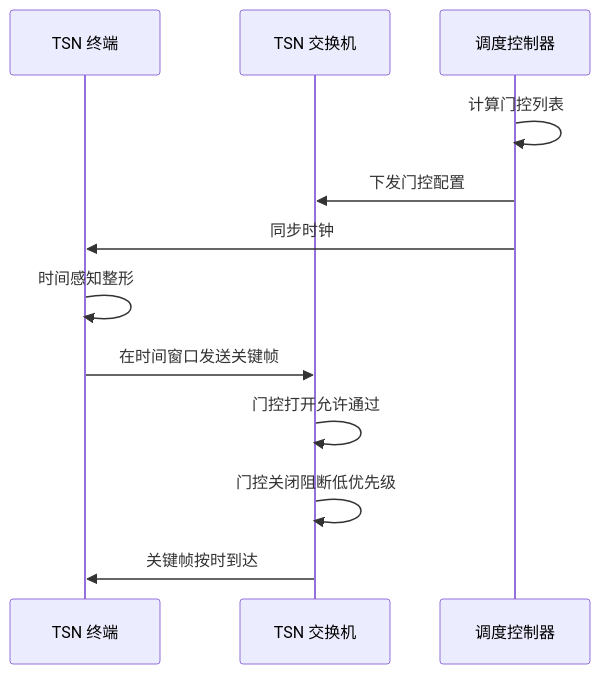
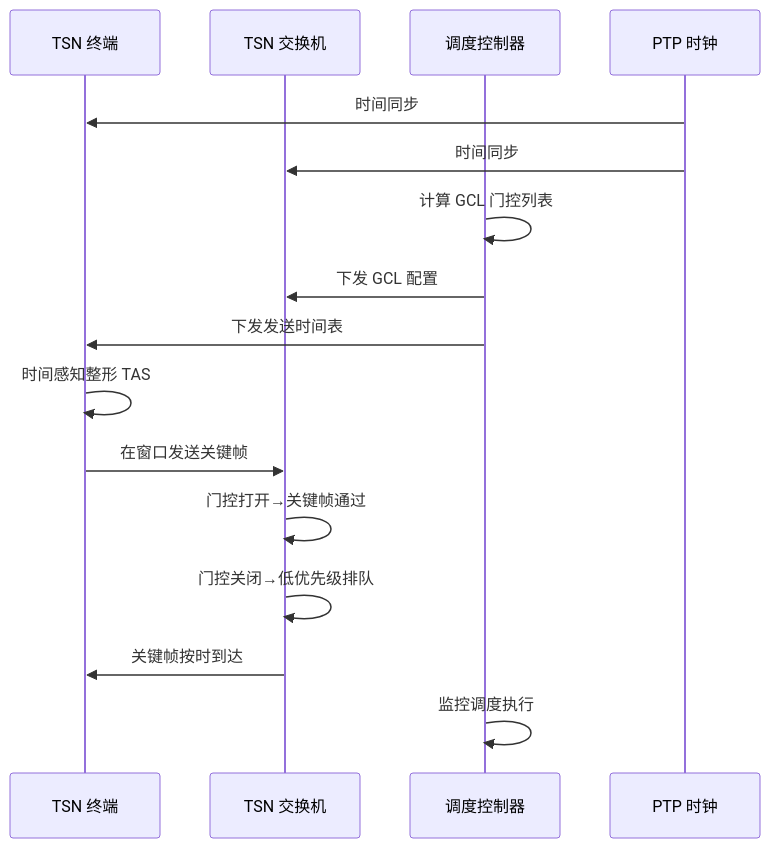
Before and after one commit to kudig-io/kudig-database: the second of 3 diagrams in topic-application-architecture/80-tsn-network.md, drawn with Mermaid. The commit also changed other lines of this file and 8633 other files, not shown here.

````diff
--- a/topic-application-architecture/80-tsn-network.md
+++ b/topic-application-architecture/80-tsn-network.md
@@ -86,15 +181,19 @@
 ```mermaid
 sequenceDiagram
     participant DEV as TSN 终端
     participant SW as TSN 交换机
     participant CTRL as 调度控制器
+    participant PTP as PTP 时钟
 
-    CTRL->>CTRL: 计算门控列表
-    CTRL->>SW: 下发门控配置
-    CTRL->>DEV: 同步时钟
-    DEV->>DEV: 时间感知整形
-    DEV->>SW: 在时间窗口发送关键帧
-    SW->>SW: 门控打开允许通过
-    SW->>SW: 门控关闭阻断低优先级
+    PTP->>DEV: 时间同步
+    PTP->>SW: 时间同步
+    CTRL->>CTRL: 计算 GCL 门控列表
+    CTRL->>SW: 下发 GCL 配置
+    CTRL->>DEV: 下发发送时间表
+    DEV->>DEV: 时间感知整形 TAS
+    DEV->>SW: 在窗口发送关键帧
+    SW->>SW: 门控打开→关键帧通过
+    SW->>SW: 门控关闭→低优先级排队
     SW->>DEV: 关键帧按时到达
+    CTRL->>CTRL: 监控调度执行
 ```
````
